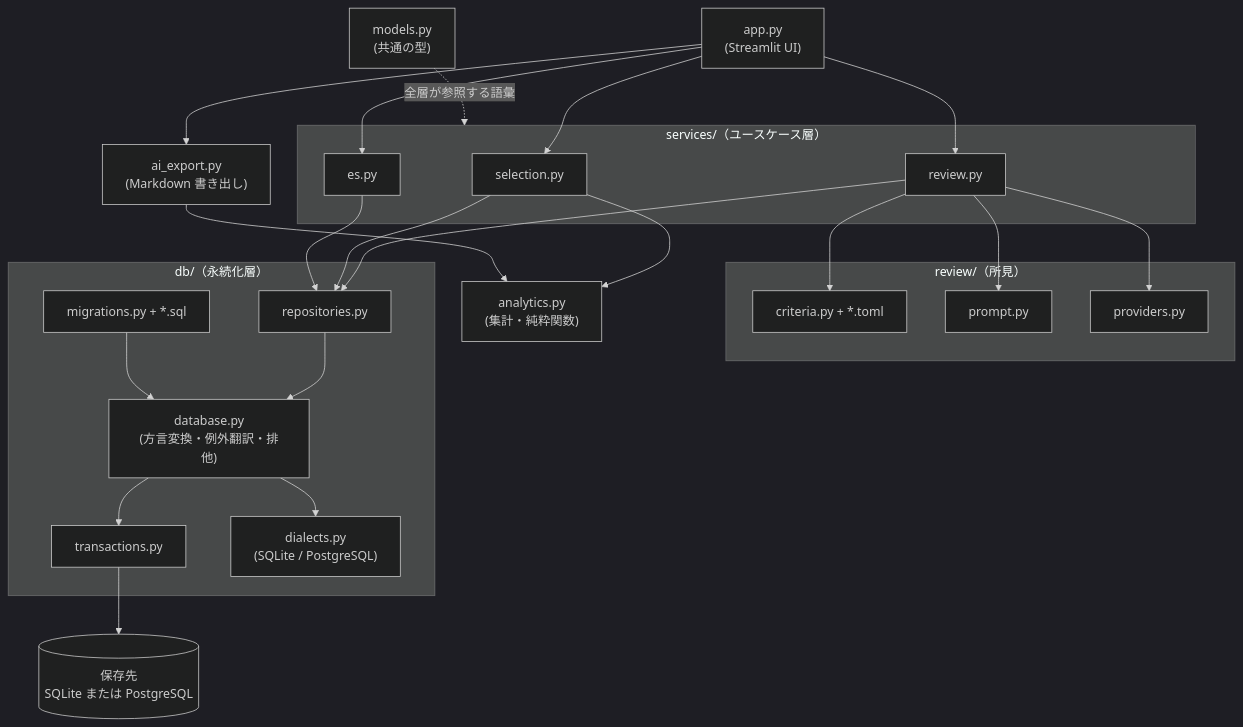
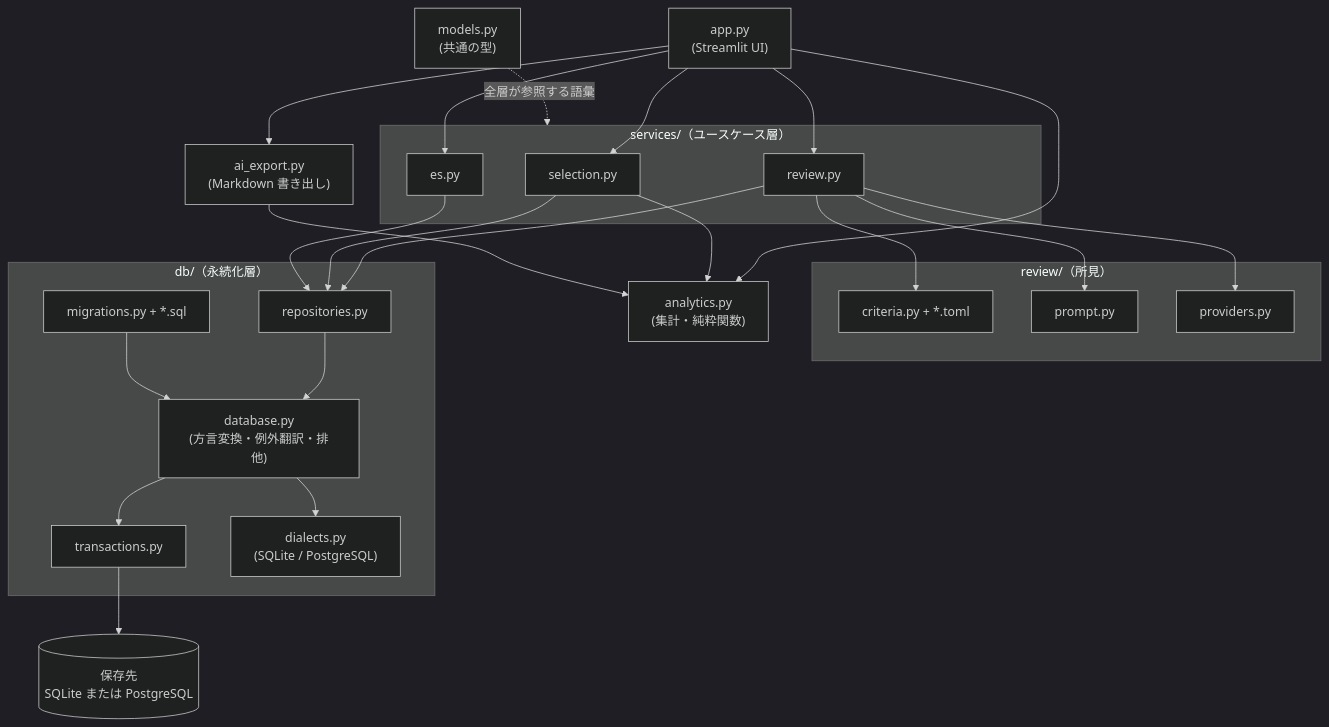
The diagram in docs/architecture.md (Natto2026/shukatsu-tracker), drawn with Mermaid (dark theme) before and after one commit.

Commit message:
docs: レイヤー図に画面から集計への依存を書き足す

````diff
--- a/docs/architecture.md
+++ b/docs/architecture.md
@@ -44,44 +44,45 @@
 ```mermaid
 flowchart TB
     UI["app.py<br>(Streamlit UI)"]
     subgraph services["services/（ユースケース層）"]
         SEL["selection.py"]
         ES["es.py"]
         RV["review.py"]
     end
     subgraph review["review/（所見）"]
         CR["criteria.py + *.toml"]
         PR["prompt.py"]
         PV["providers.py"]
     end
     subgraph db["db/（永続化層）"]
         REPO["repositories.py"]
         DBF["database.py<br>(方言変換・例外翻訳・排他)"]
         TX["transactions.py"]
         MIG["migrations.py + *.sql"]
         DIA["dialects.py<br>(SQLite / PostgreSQL)"]
     end
     AN["analytics.py<br>(集計・純粋関数)"]
     EX["ai_export.py<br>(Markdown 書き出し)"]
     MD["models.py<br>(共通の型)"]
     SQL[("保存先<br>SQLite または PostgreSQL")]
 
     UI --> SEL
     UI --> ES
     UI --> RV
     UI --> EX
+    UI --> AN
     RV --> CR
     RV --> PR
     RV --> PV
     RV --> REPO
     SEL --> AN
     SEL --> REPO
     ES --> REPO
     REPO --> DBF
     DBF --> TX
     DBF --> DIA
     TX --> SQL
     MIG --> DBF
     EX --> AN
     MD -.->|全層が参照する語彙| services
 ```
````
